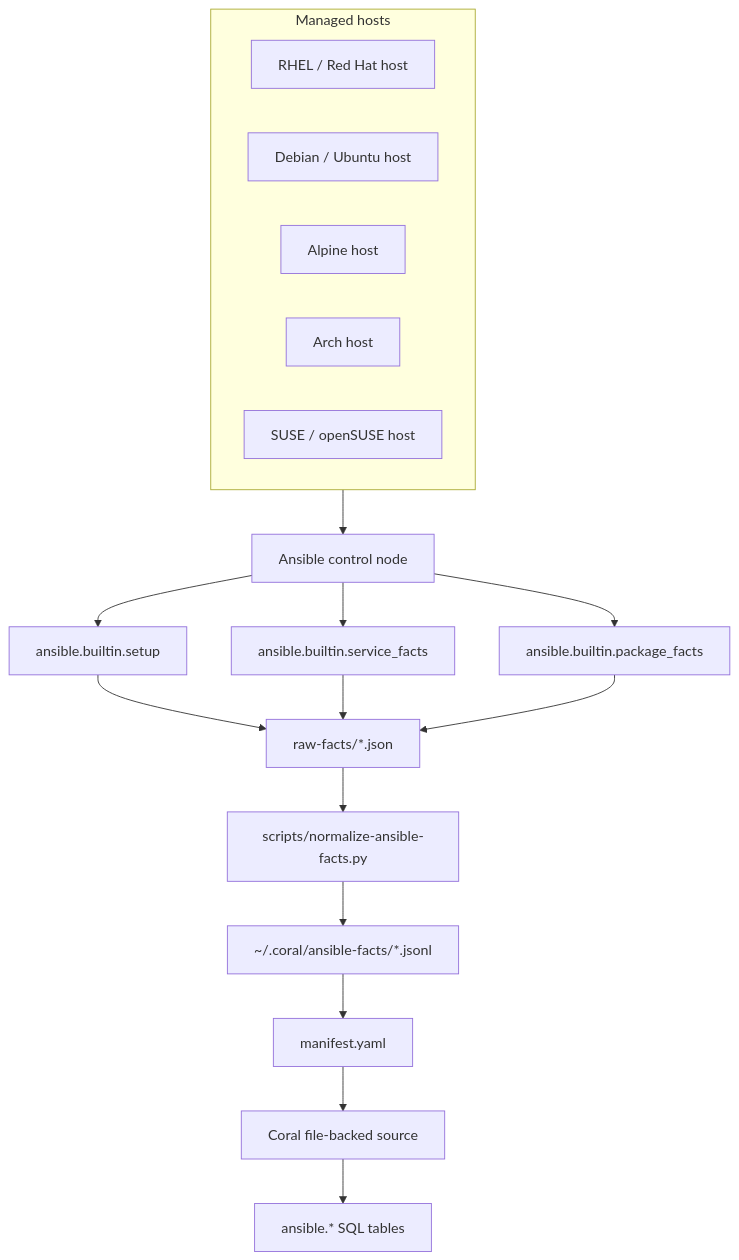
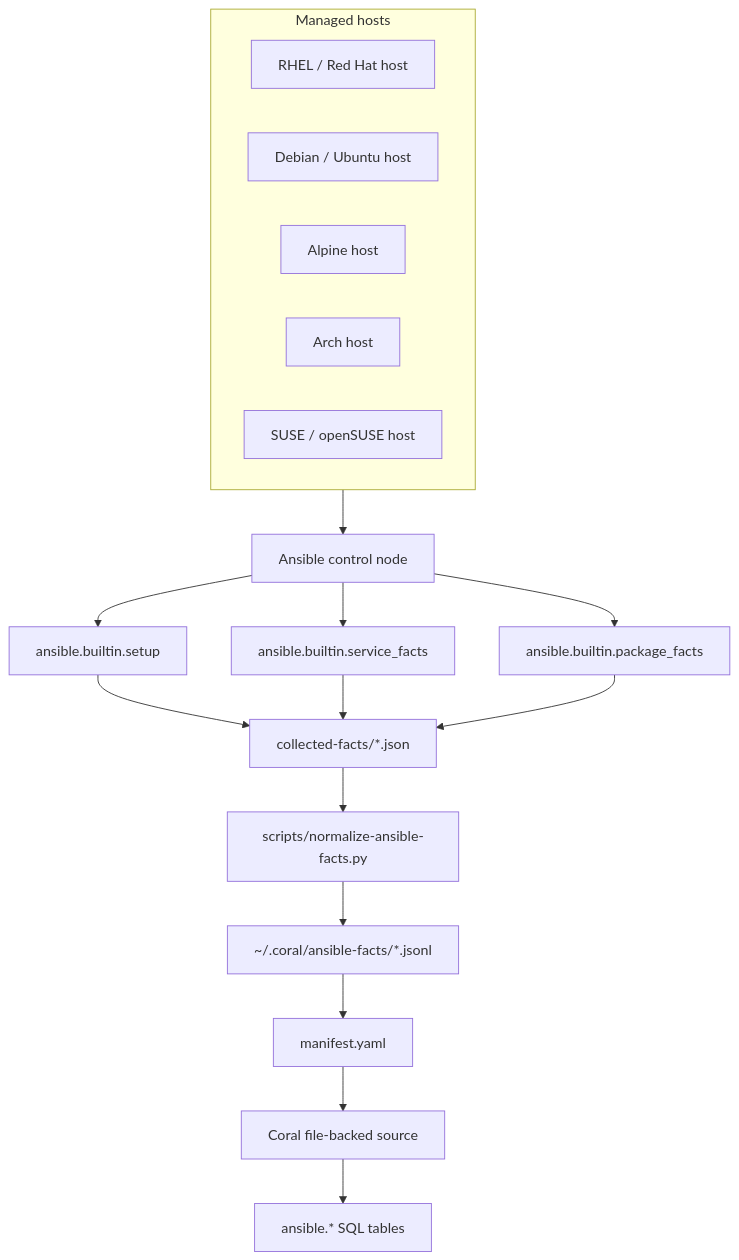
One commit to withcoral/coral changed the first of 2 diagrams in sources/community/ansible/docs/DESIGN.md. Above: the diagram before and after it, drawn with Mermaid. The commit also changed other lines of this file and 6 other files, not shown here.

````diff
--- a/sources/community/ansible/docs/DESIGN.md
+++ b/sources/community/ansible/docs/DESIGN.md
@@ -91,27 +91,27 @@
 ```mermaid
 flowchart TD
   subgraph Managed["Managed hosts"]
     RHEL["RHEL / Red Hat host"]
     Debian["Debian / Ubuntu host"]
     Alpine["Alpine host"]
     Arch["Arch host"]
     SUSE["SUSE / openSUSE host"]
   end
 
   Managed --> Ansible["Ansible control node"]
 
   Ansible --> Setup["ansible.builtin.setup"]
   Ansible --> ServiceFacts["ansible.builtin.service_facts"]
   Ansible --> PackageFacts["ansible.builtin.package_facts"]
 
-  Setup --> RawFacts["raw-facts/*.json"]
-  ServiceFacts --> RawFacts
-  PackageFacts --> RawFacts
+  Setup --> CollectedFacts["collected-facts/*.json"]
+  ServiceFacts --> CollectedFacts
+  PackageFacts --> CollectedFacts
 
-  RawFacts --> Normalizer["scripts/normalize-ansible-facts.py"]
+  CollectedFacts --> Normalizer["scripts/normalize-ansible-facts.py"]
   Normalizer --> JSONL["~/.coral/ansible-facts/*.jsonl"]
 
   JSONL --> Manifest["manifest.yaml"]
   Manifest --> Coral["Coral file-backed source"]
   Coral --> SQL["ansible.* SQL tables"]
 ```
````
